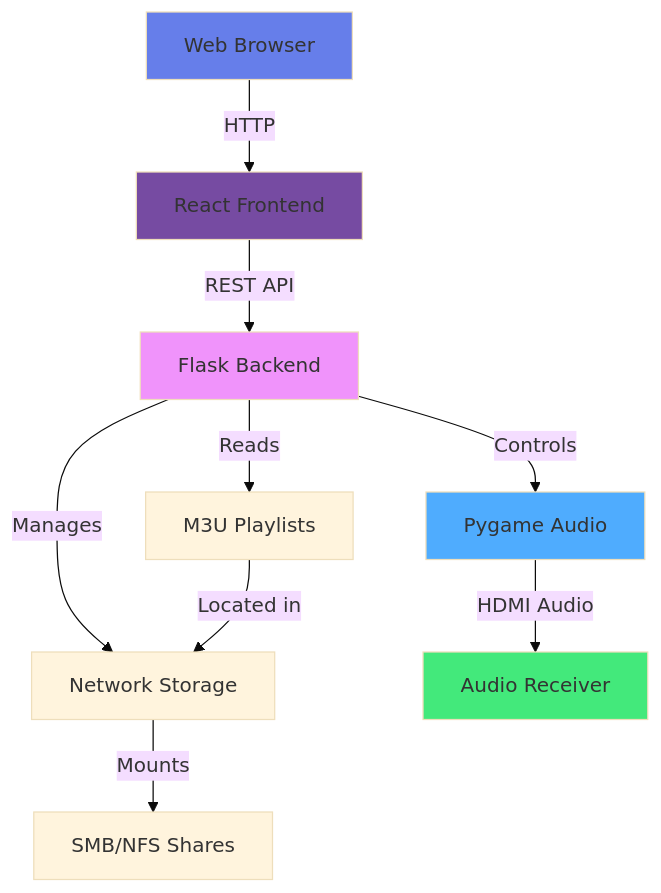
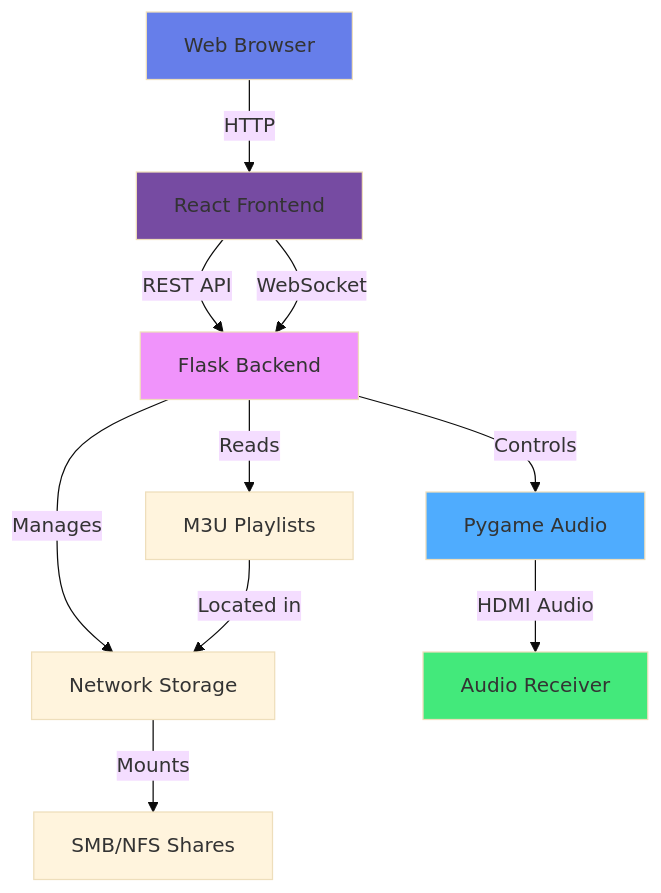
One commit to xXLAOKOONXx/media-player changed the first of 2 diagrams in README.md. Above: the diagram before and after it, drawn with Mermaid (base theme). The commit also changed 5 other files, not shown here.

Commit message:
Update documentation for WebSocket implementation

````diff
--- a/README.md
+++ b/README.md
@@ -67,17 +67,18 @@
 ```mermaid
 graph TB
     A[Web Browser] -->|HTTP| B[React Frontend]
     B -->|REST API| C[Flask Backend]
+    B -->|WebSocket| C
     C -->|Controls| D[Pygame Audio]
     C -->|Manages| E[Network Storage]
     C -->|Reads| F[M3U Playlists]
     D -->|HDMI Audio| G[Audio Receiver]
     E -->|Mounts| H[SMB/NFS Shares]
     F -->|Located in| E
     
     style A fill:#667eea
     style B fill:#764ba2
     style C fill:#f093fb
     style D fill:#4facfe
     style G fill:#43e97b
 ```
````
